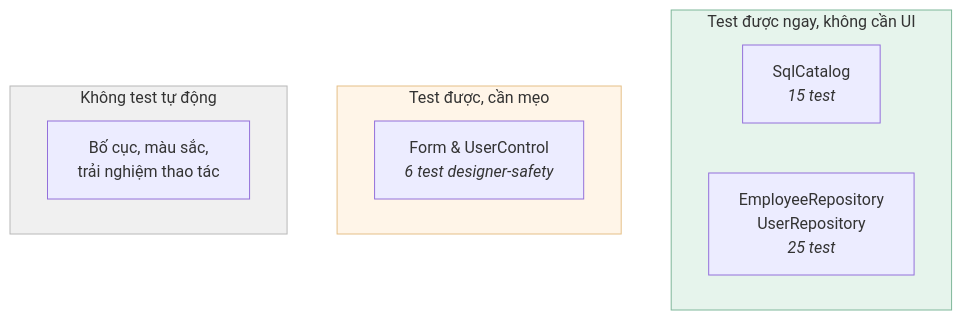
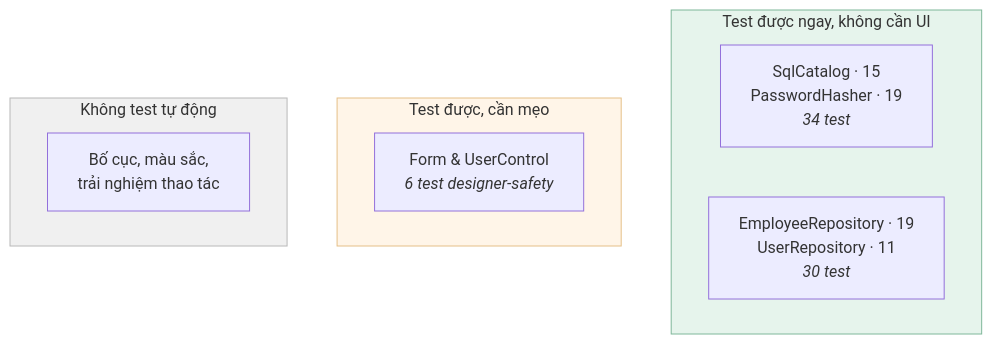
One commit to vielang/dotnet-framework-admin changed the first of 4 diagrams in docs/08-kiem-thu-winforms.md. Above: the diagram before and after it, drawn with Mermaid. The commit also changed other lines of this file and 13 other files, not shown here.

````diff
--- a/docs/08-kiem-thu-winforms.md
+++ b/docs/08-kiem-thu-winforms.md
@@ -17,20 +17,20 @@
 ```mermaid
 flowchart TB
     subgraph T["Test được ngay, không cần UI"]
         direction LR
-        A["SqlCatalog<br/><i>15 test</i>"]
-        B["EmployeeRepository<br/>UserRepository<br/><i>25 test</i>"]
+        A["SqlCatalog · 15<br/>PasswordHasher · 19<br/><i>34 test</i>"]
+        B["EmployeeRepository · 19<br/>UserRepository · 11<br/><i>30 test</i>"]
     end
 
     subgraph D["Test được, cần mẹo"]
         C["Form &amp; UserControl<br/><i>6 test designer-safety</i>"]
     end
 
     subgraph N["Không test tự động"]
         E["Bố cục, màu sắc,<br/>trải nghiệm thao tác"]
     end
 
     style T fill:#e6f4ec,stroke:#7fb79a
     style D fill:#fff5e8,stroke:#e5bf87
     style N fill:#f0f0f0,stroke:#b8b8b8
 ```
````
